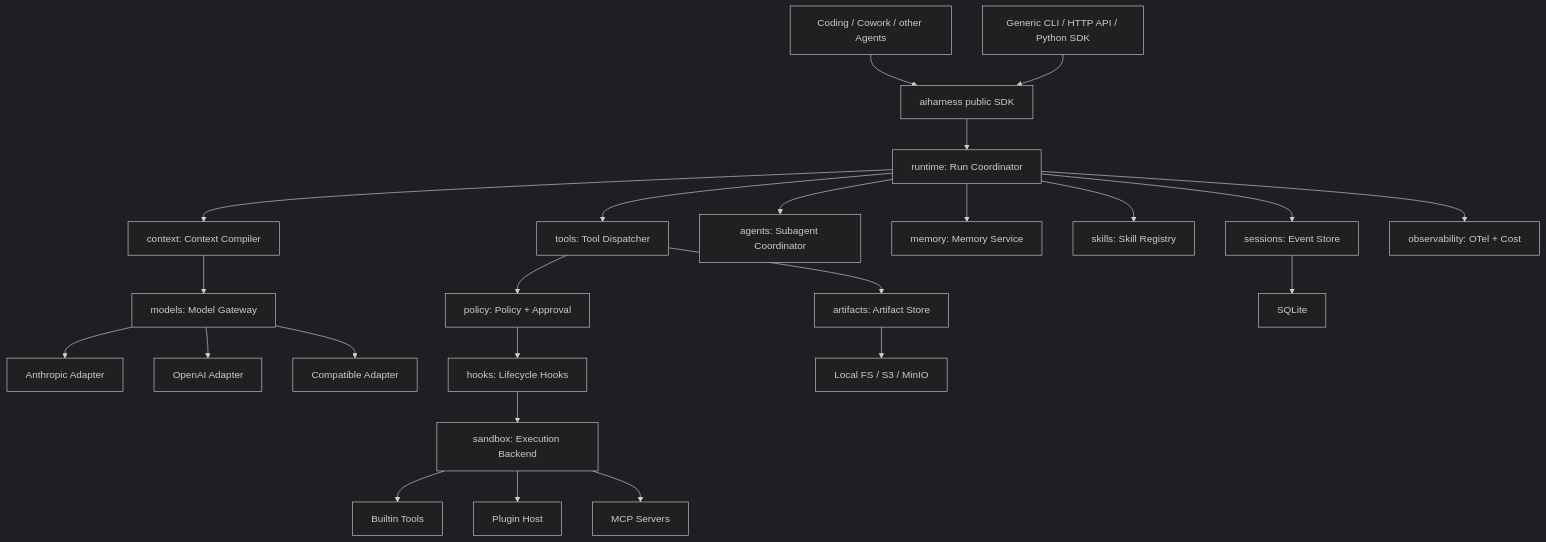
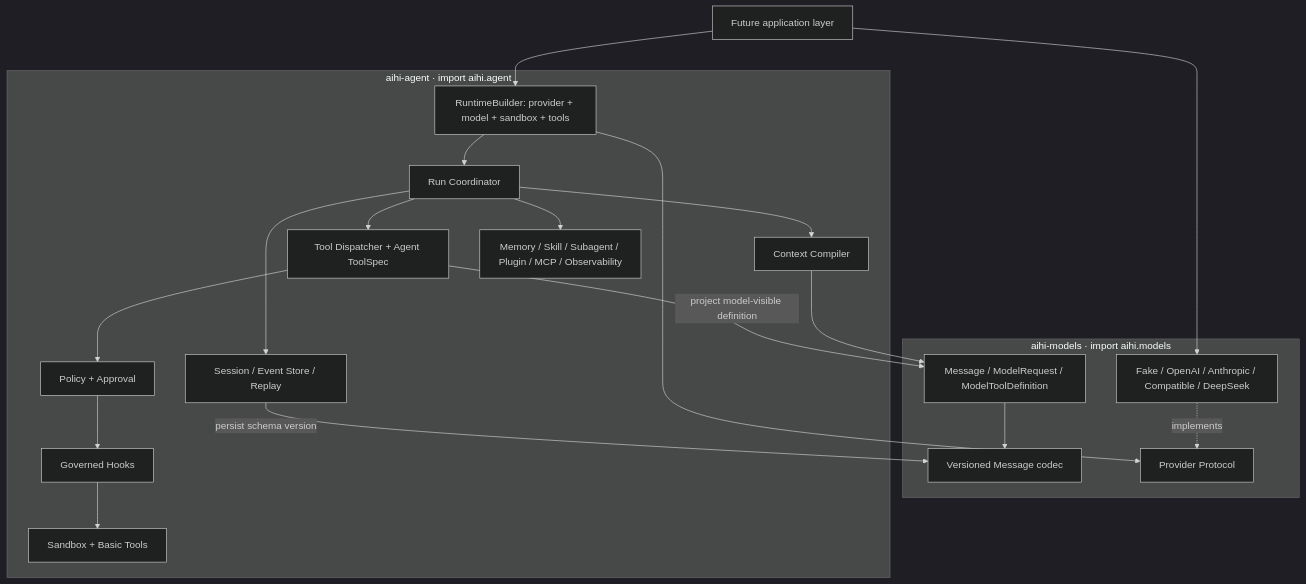
One commit to FineJade77/aihi changed the diagram in docs/ARCHITECTURE.md. Above: the diagram before and after it, drawn with Mermaid (dark theme). The commit also changed other lines of this file and 364 other files, not shown here.

````diff
--- a/docs/ARCHITECTURE.md
+++ b/docs/ARCHITECTURE.md
@@ -46,29 +46,39 @@
 ```mermaid
 flowchart TB
-    A1["Coding / Cowork / other Agents"] --> H["aiharness public SDK"]
-    U["Generic CLI / HTTP API / Python SDK"] --> H
-    H --> R["runtime: Run Coordinator"]
-    R --> C["context: Context Compiler"]
-    C --> M["models: Model Gateway"]
-    M --> P1["Anthropic Adapter"]
-    M --> P2["OpenAI Adapter"]
-    M --> P3["Compatible Adapter"]
+    APP["Future application layer"]
 
-    R --> D["tools: Tool Dispatcher"]
-    D --> POL["policy: Policy + Approval"]
-    POL --> HOOKS["hooks: Lifecycle Hooks"]
-    HOOKS --> S["sandbox: Execution Backend"]
-    S --> B["Builtin Tools"]
-    S --> PH["Plugin Host"]
-    S --> MCP["MCP Servers"]
+    subgraph MODELS["aihi-models · import aihi.models"]
+        MC["Message / ModelRequest / ModelToolDefinition"]
+        MS["Versioned Message codec"]
+        PP["Provider Protocol"]
+        PA["Fake / OpenAI / Anthropic / Compatible / DeepSeek"]
+        MC --> MS
+        PA -. implements .-> PP
+    end
 
-    R --> A["agents: Subagent Coordinator"]
-    R --> MEM["memory: Memory Service"]
-    R --> SK["skills: Skill Registry"]
+    subgraph AGENT["aihi-agent · import aihi.agent"]
+        RB["RuntimeBuilder: provider + model + sandbox + tools"]
+        R["Run Coordinator"]
+        C["Context Compiler"]
+        D["Tool Dispatcher + Agent ToolSpec"]
+        POL["Policy + Approval"]
+        HOOKS["Governed Hooks"]
+        S["Sandbox + Basic Tools"]
+        SES["Session / Event Store / Replay"]
+        EXT["Memory / Skill / Subagent / Plugin / MCP / Observability"]
 
-    R --> SES["sessions: Event Store"]
-    D --> ART["artifacts: Artifact Store"]
-    R --> OBS["observability: OTel + Cost"]
-    SES --> DB["SQLite"]
-    ART --> OBJ["Local FS / S3 / MinIO"]
+        RB --> R
+        R --> C
+        R --> D
+        D --> POL --> HOOKS --> S
+        R --> SES
+        R --> EXT
+    end
+
+    APP --> PA
+    APP --> RB
+    RB --> PP
+    C --> MC
+    D -- "project model-visible definition" --> MC
+    SES -- "persist schema version" --> MS
 ```
````
